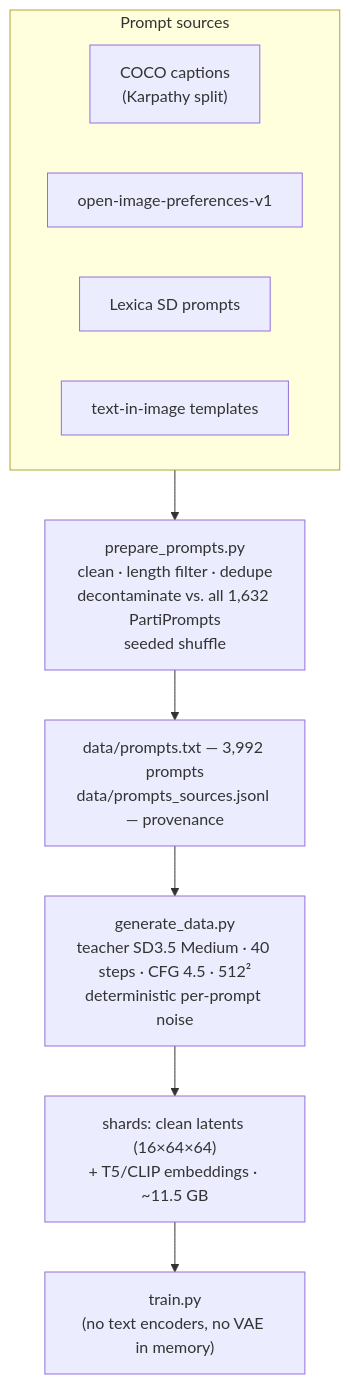
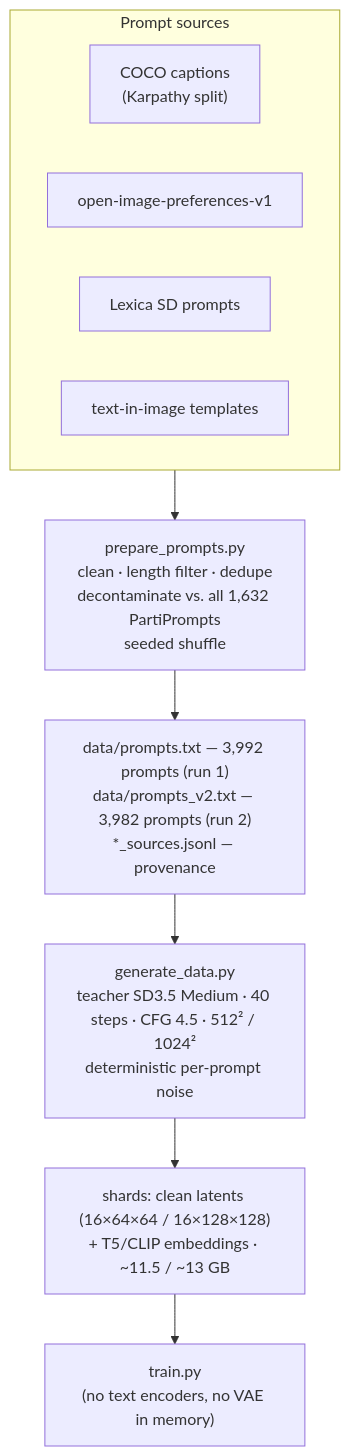
The second of 2 diagrams in README.md (Suchotin/shortcut_distillation_sd3.5), drawn with Mermaid before and after one commit. The commit also changed other lines of this file and 11 other files, not shown here.

````diff
--- a/README.md
+++ b/README.md
@@ -149,14 +155,14 @@
 ```mermaid
 flowchart TB
     subgraph S["Prompt sources"]
         A["COCO captions<br/>(Karpathy split)"]
         B["open-image-preferences-v1"]
         C["Lexica SD prompts"]
         D["text-in-image templates"]
     end
     S --> F["prepare_prompts.py<br/>clean · length filter · dedupe<br/>decontaminate vs. all 1,632 PartiPrompts<br/>seeded shuffle"]
-    F --> P["data/prompts.txt — 3,992 prompts<br/>data/prompts_sources.jsonl — provenance"]
-    P --> G["generate_data.py<br/>teacher SD3.5 Medium · 40 steps · CFG 4.5 · 512²<br/>deterministic per-prompt noise"]
-    G --> L["shards: clean latents (16×64×64)<br/>+ T5/CLIP embeddings · ~11.5 GB"]
+    F --> P["data/prompts.txt — 3,992 prompts (run 1)<br/>data/prompts_v2.txt — 3,982 prompts (run 2)<br/>*_sources.jsonl — provenance"]
+    P --> G["generate_data.py<br/>teacher SD3.5 Medium · 40 steps · CFG 4.5 · 512² / 1024²<br/>deterministic per-prompt noise"]
+    G --> L["shards: clean latents (16×64×64 / 16×128×128)<br/>+ T5/CLIP embeddings · ~11.5 / ~13 GB"]
     L --> TR["train.py<br/>(no text encoders, no VAE in memory)"]
 ```
````
